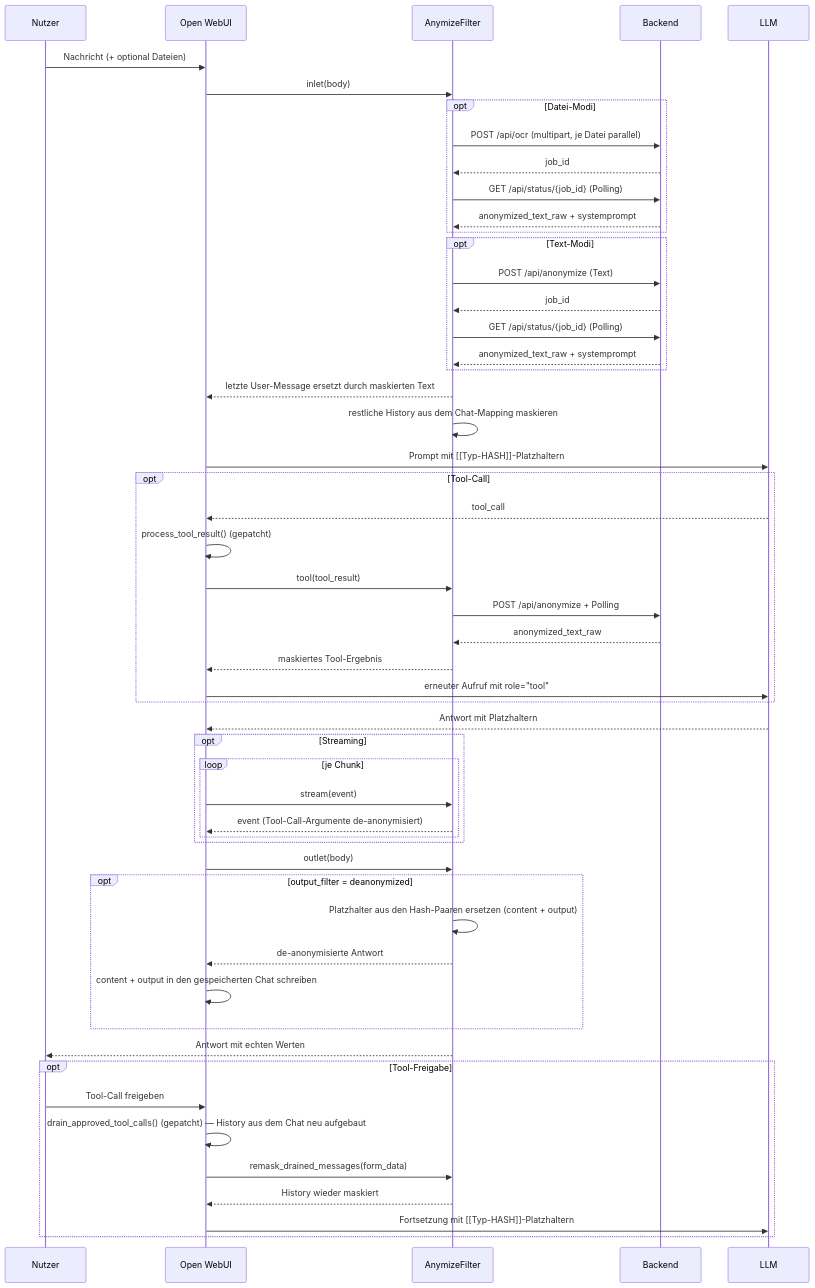
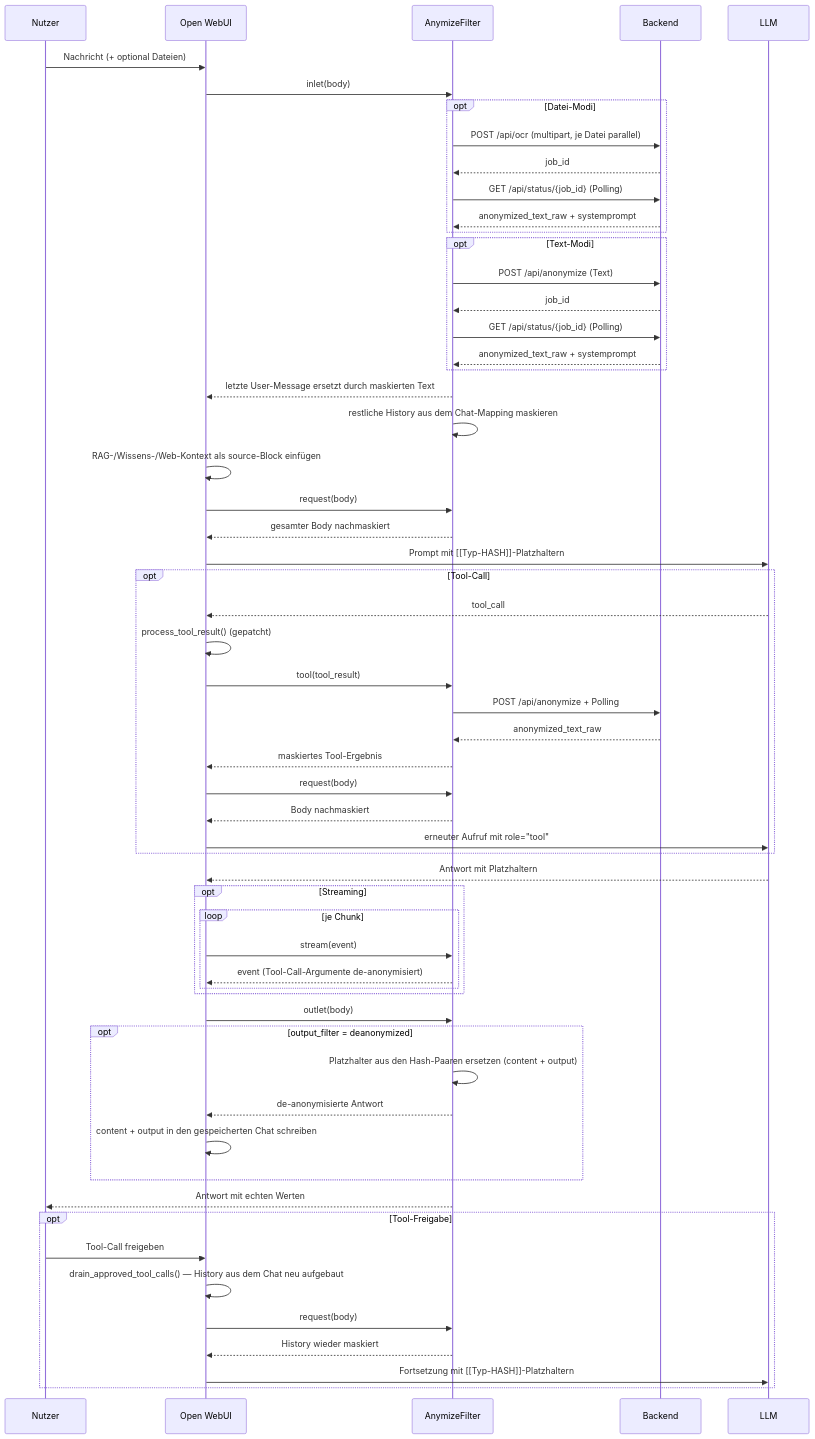
The diagram in README.md (Matze2010/AnyomizeFilter), drawn with Mermaid before and after one commit. The commit also changed other lines of this file and 1 other file, not shown here.

````diff
--- a/README.md
+++ b/README.md
@@ -15,56 +15,61 @@
 ```mermaid
 sequenceDiagram
     participant U as Nutzer
     participant OWUI as Open WebUI
     participant F as AnymizeFilter
     participant A as Backend
     participant LLM as LLM
 
     U->>OWUI: Nachricht (+ optional Dateien)
     OWUI->>F: inlet(body)
     opt Datei-Modi
         F->>A: POST /api/ocr (multipart, je Datei parallel)
         A-->>F: job_id
         F->>A: GET /api/status/{job_id} (Polling)
         A-->>F: anonymized_text_raw + systemprompt
     end
     opt Text-Modi
         F->>A: POST /api/anonymize (Text)
         A-->>F: job_id
         F->>A: GET /api/status/{job_id} (Polling)
         A-->>F: anonymized_text_raw + systemprompt
     end
     F-->>OWUI: letzte User-Message ersetzt durch maskierten Text
     F->>F: restliche History aus dem Chat-Mapping maskieren
+    OWUI->>OWUI: RAG-/Wissens-/Web-Kontext als source-Block einfügen
+    OWUI->>F: request(body)
+    F-->>OWUI: gesamter Body nachmaskiert
     OWUI->>LLM: Prompt mit [[Typ-HASH]]-Platzhaltern
     opt Tool-Call
         LLM-->>OWUI: tool_call
         OWUI->>OWUI: process_tool_result() (gepatcht)
         OWUI->>F: tool(tool_result)
         F->>A: POST /api/anonymize + Polling
         A-->>F: anonymized_text_raw
         F-->>OWUI: maskiertes Tool-Ergebnis
+        OWUI->>F: request(body)
+        F-->>OWUI: Body nachmaskiert
         OWUI->>LLM: erneuter Aufruf mit role="tool"
     end
     LLM-->>OWUI: Antwort mit Platzhaltern
     opt Streaming
         loop je Chunk
             OWUI->>F: stream(event)
             F-->>OWUI: event (Tool-Call-Argumente de-anonymisiert)
         end
     end
     OWUI->>F: outlet(body)
     opt output_filter = deanonymized
         F->>F: Platzhalter aus den Hash-Paaren ersetzen (content + output)
         F-->>OWUI: de-anonymisierte Antwort
         OWUI->>OWUI: content + output in den gespeicherten Chat schreiben
     end
     F-->>U: Antwort mit echten Werten
     opt Tool-Freigabe
         U->>OWUI: Tool-Call freigeben
-        OWUI->>OWUI: drain_approved_tool_calls() (gepatcht) — History aus dem Chat neu aufgebaut
-        OWUI->>F: remask_drained_messages(form_data)
+        OWUI->>OWUI: drain_approved_tool_calls() — History aus dem Chat neu aufgebaut
+        OWUI->>F: request(body)
         F-->>OWUI: History wieder maskiert
         OWUI->>LLM: Fortsetzung mit [[Typ-HASH]]-Platzhaltern
     end
 ```
````
